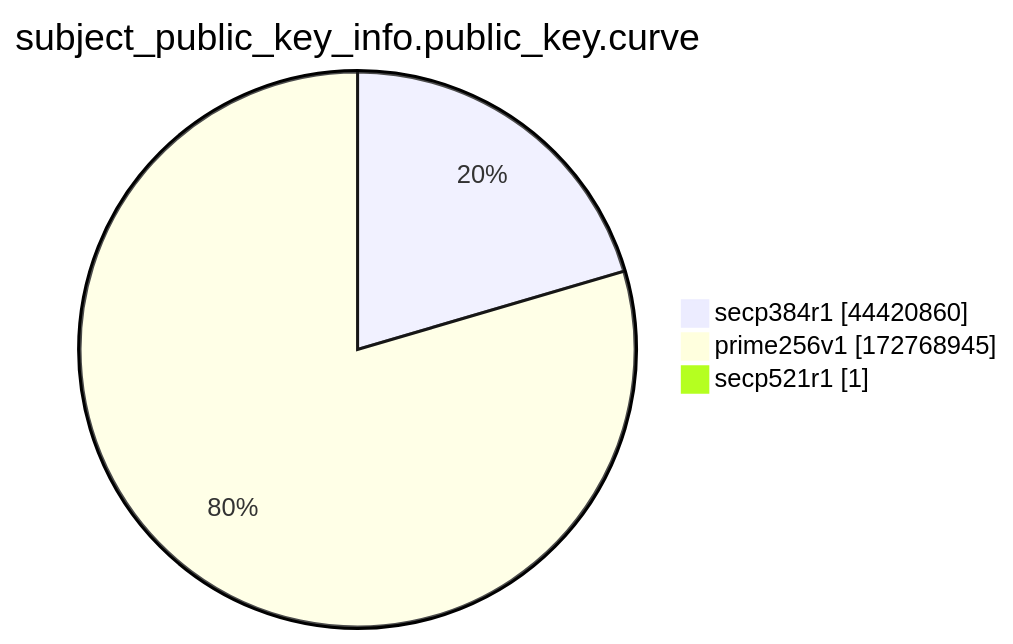
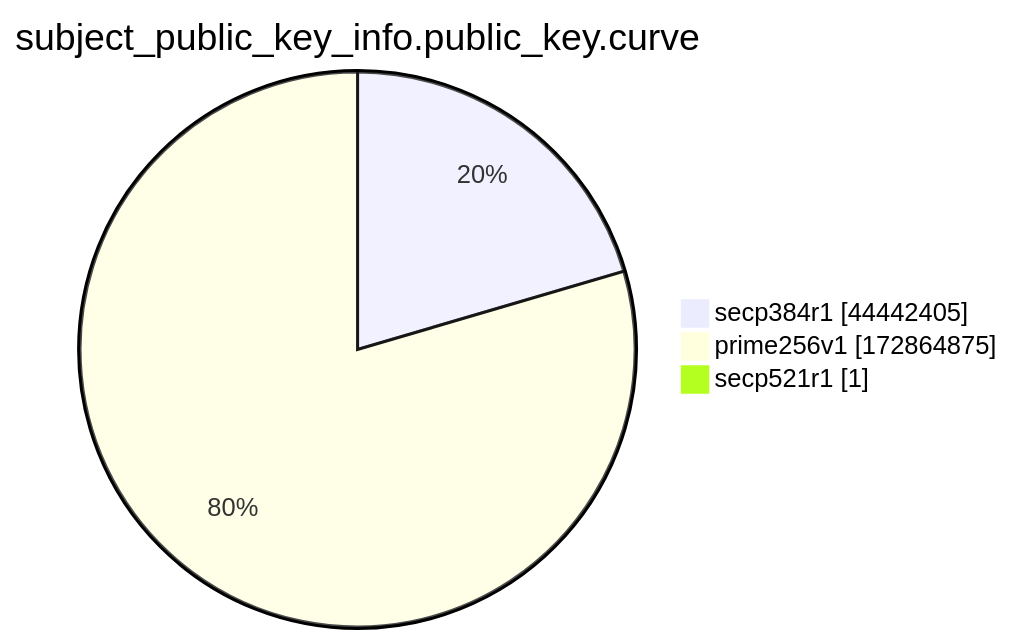
The ninth of 15 diagrams in xenon2022/README.md (christiankrug/ctmonitor_visualization), drawn with Mermaid before and after one commit. The commit also changed other lines of this file, not shown here.

````diff
--- a/xenon2022/README.md
+++ b/xenon2022/README.md
@@ -2871,7 +2871,7 @@
 ```mermaid
 pie showData
 title subject_public_key_info.public_key.curve
-"secp384r1" :44420860
-"prime256v1" :172768945
+"secp384r1" :44442405
+"prime256v1" :172864875
 "secp521r1" :1
 ```
````
